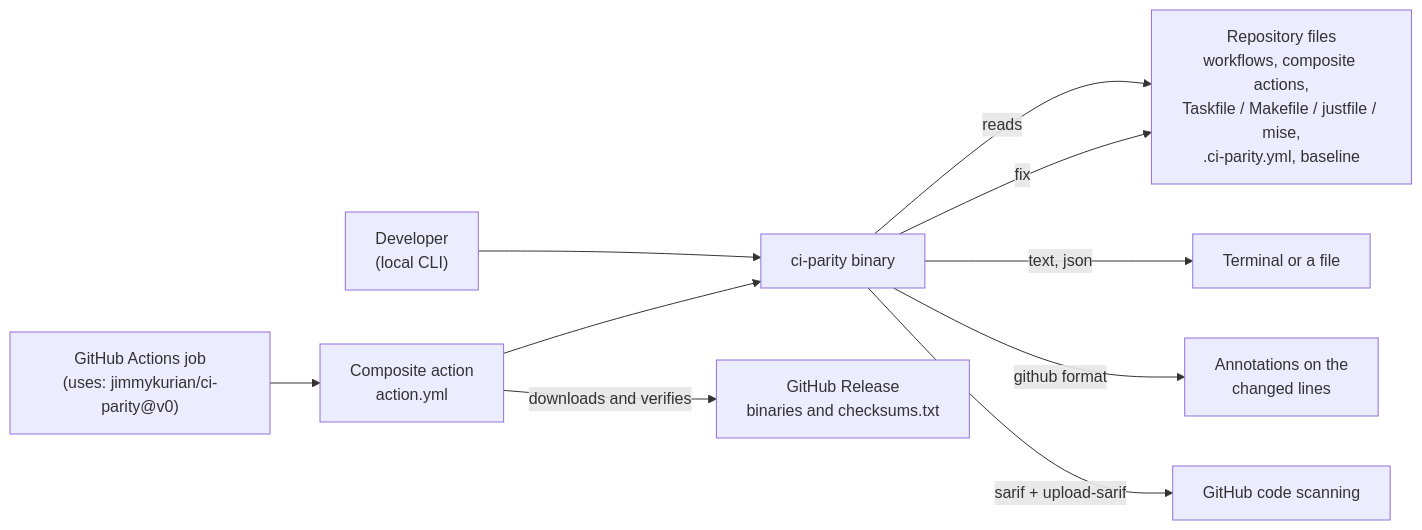
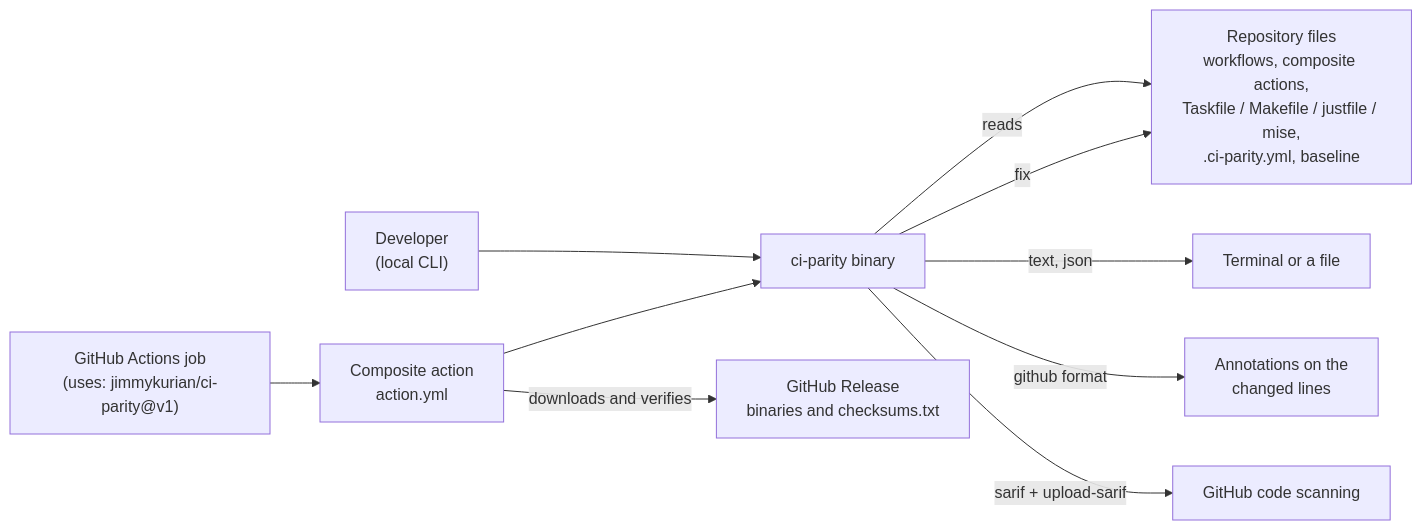
Before and after one commit to jimmykurian/ci-parity: the diagram in docs/architecture/README.md, drawn with Mermaid. The commit also changed other lines of this file and 13 other files, not shown here.

````diff
--- a/docs/architecture/README.md
+++ b/docs/architecture/README.md
@@ -17,12 +17,12 @@
 ```mermaid
 flowchart LR
     dev["Developer<br/>(local CLI)"] --> cli
-    ci["GitHub Actions job<br/>(uses: jimmykurian/ci-parity@v0)"] --> action
+    ci["GitHub Actions job<br/>(uses: jimmykurian/ci-parity@v1)"] --> action
     action["Composite action<br/>action.yml"] -->|"downloads and verifies"| rel["GitHub Release<br/>binaries and checksums.txt"]
     action --> cli["ci-parity binary"]
     cli -->|reads| repo["Repository files<br/>workflows, composite actions,<br/>Taskfile / Makefile / justfile / mise,<br/>.ci-parity.yml, baseline"]
     cli -->|"text, json"| out["Terminal or a file"]
     cli -->|"github format"| ann["Annotations on the<br/>changed lines"]
     cli -->|"sarif + upload-sarif"| cs["GitHub code scanning"]
     cli -->|"fix"| repo
 ```
````
